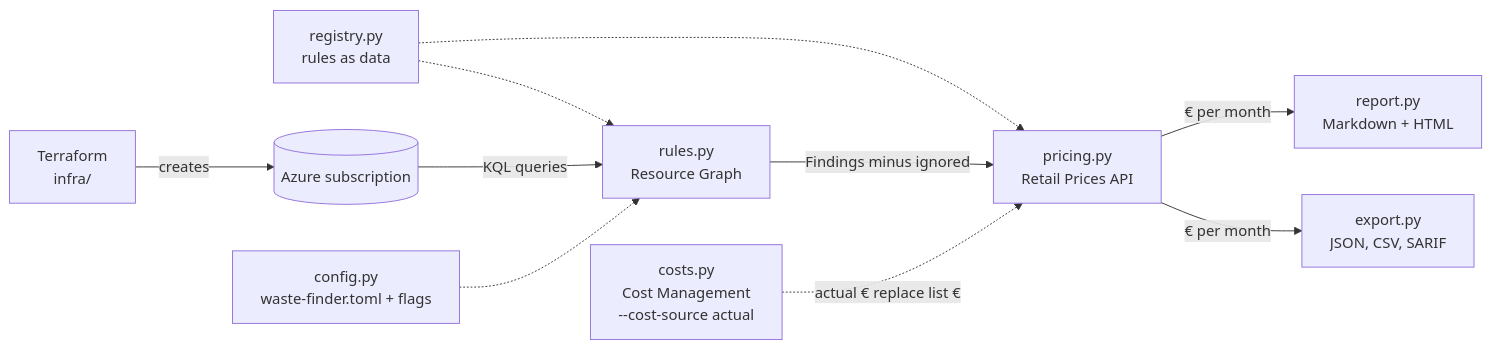
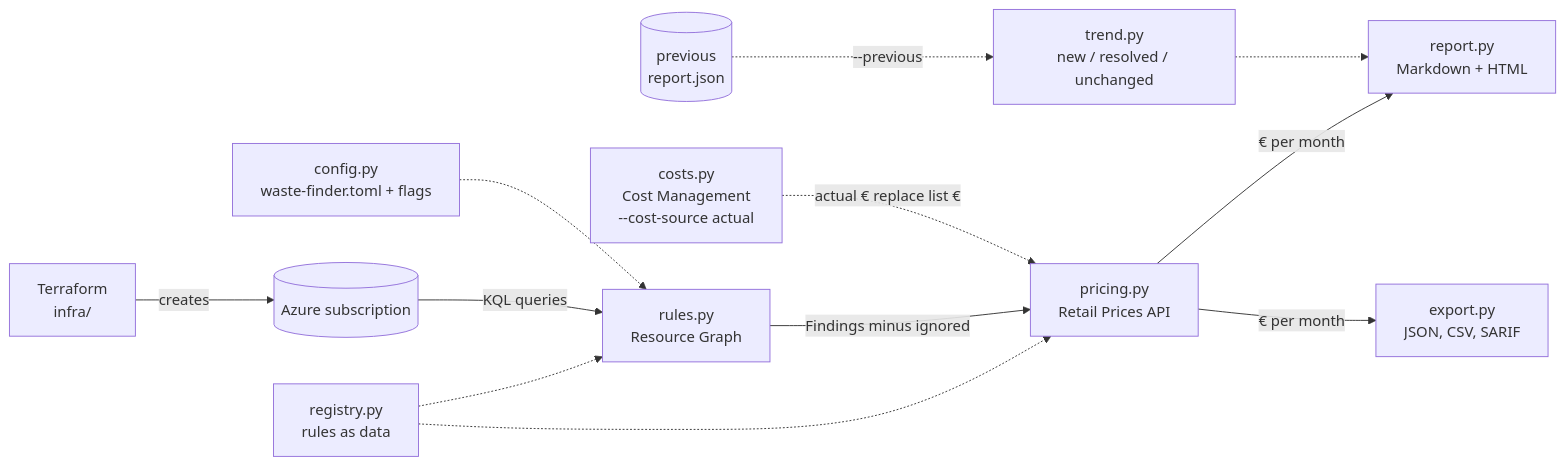
One commit to viache25/azure-waste-finder changed the diagram in README.md. Above: the diagram before and after it, drawn with Mermaid. The commit also changed other lines of this file and 14 other files, not shown here.

First line of the commit message:
feat: trend between runs with --previous report.json (#17)

````diff
--- a/README.md
+++ b/README.md
@@ -40,12 +40,14 @@
 ```mermaid
 flowchart LR
     TF[Terraform<br/>infra/] -->|creates| AZ[(Azure subscription)]
     REG[registry.py<br/>rules as data] -.-> RG
     REG -.-> PR
     AZ -->|KQL queries| RG[rules.py<br/>Resource Graph]
     CFG[config.py<br/>waste-finder.toml + flags] -.-> RG
     RG -->|Findings minus ignored| PR[pricing.py<br/>Retail Prices API]
     CM[costs.py<br/>Cost Management<br/>--cost-source actual] -.->|actual € replace list €| PR
     PR -->|€ per month| RP[report.py<br/>Markdown + HTML]
+    PREV[(previous<br/>report.json)] -.->|--previous| TR[trend.py<br/>new / resolved / unchanged]
+    TR -.-> RP
     PR -->|€ per month| EX[export.py<br/>JSON, CSV, SARIF]
 ```
````
